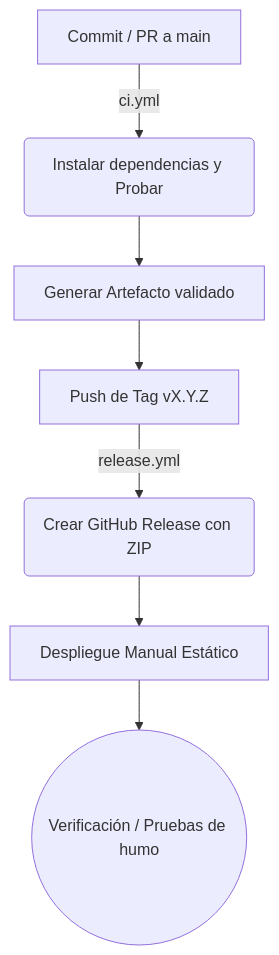
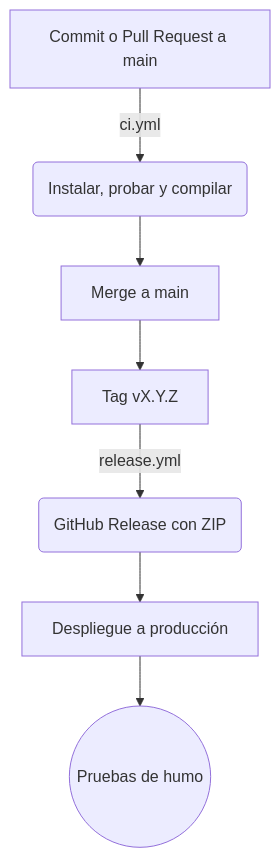
One commit to ARADCR/SiMA-Frontend changed the diagram in docs/CICD.md. Above: the diagram before and after it, drawn with Mermaid. The commit also changed other lines of this file and 4 other files, not shown here.

````diff
--- a/docs/CICD.md
+++ b/docs/CICD.md
@@ -20,9 +21,9 @@
 ```mermaid
 graph TD
-A[Commit / PR a main] -->|ci.yml| B(Instalar dependencias y Probar)
-B --> C[Generar Artefacto validado]
-C --> D[Push de Tag vX.Y.Z]
-D -->|release.yml| E(Crear GitHub Release con ZIP)
-E --> F[Despliegue Manual Estático]
-F --> G((Verificación / Pruebas de humo))
+A[Commit o Pull Request a main] -->|ci.yml| B(Instalar, probar y compilar)
+B --> C[Merge a main]
+C --> D[Tag vX.Y.Z]
+D -->|release.yml| E(GitHub Release con ZIP)
+E --> F[Despliegue a producción]
+F --> G((Pruebas de humo))
 ```
````
